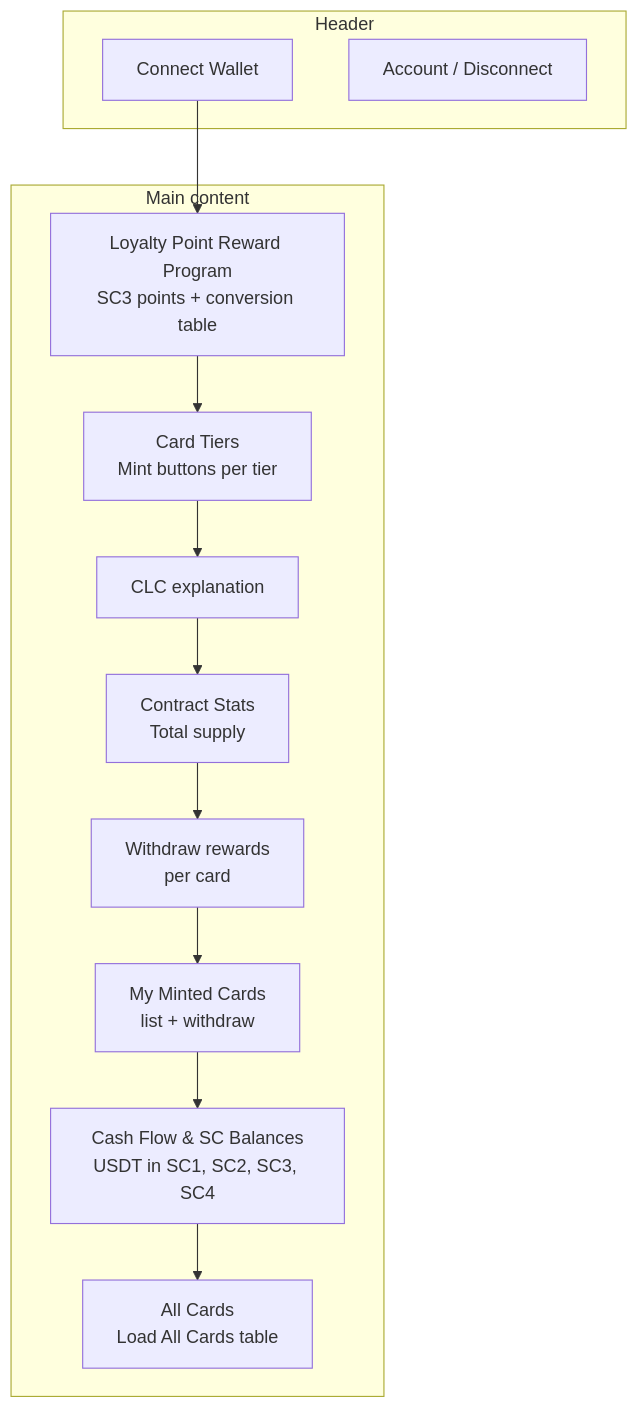
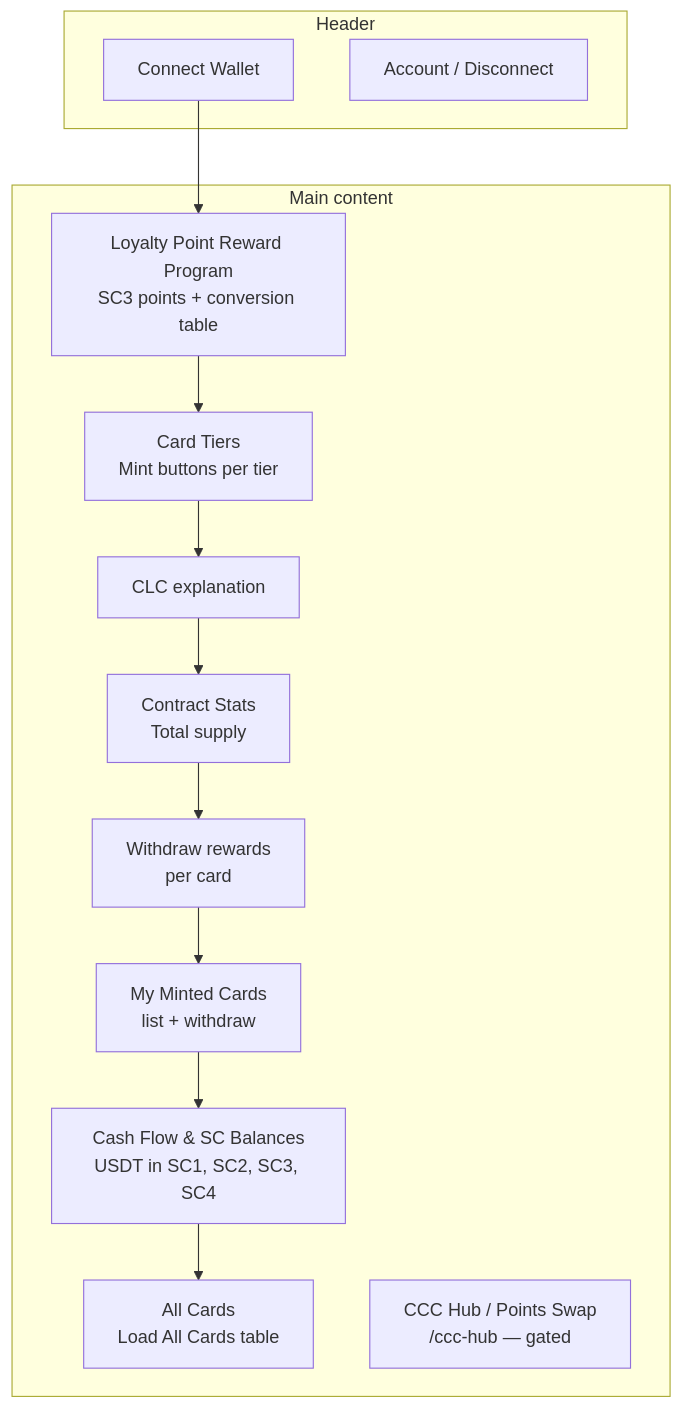
The fifth of 5 diagrams in SYSTEM_DIAGRAM.md (psdev0103/TripleC-Doc), drawn with Mermaid before and after one commit. The commit also changed other lines of this file and 8 other files, not shown here.

````diff
--- a/SYSTEM_DIAGRAM.md
+++ b/SYSTEM_DIAGRAM.md
@@ -81,25 +110,26 @@
 ```mermaid
 flowchart TB
   subgraph Header
     Connect[Connect Wallet]
     Account[Account / Disconnect]
   end
   subgraph Main["Main content"]
     Loyalty[Loyalty Point Reward Program\nSC3 points + conversion table]
     Tiers[Card Tiers\nMint buttons per tier]
     CLC[CLC explanation]
     Stats[Contract Stats\nTotal supply]
     Withdraw[Withdraw rewards\nper card]
     MyCards[My Minted Cards\nlist + withdraw]
     CashFlow[Cash Flow & SC Balances\nUSDT in SC1, SC2, SC3, SC4]
     AllCards[All Cards\nLoad All Cards table]
+    CccHub[CCC Hub / Points Swap\n/ccc-hub — gated]
   end
   Connect --> Loyalty
   Loyalty --> Tiers
   Tiers --> CLC
   CLC --> Stats
   Stats --> Withdraw
   Withdraw --> MyCards
   MyCards --> CashFlow
   CashFlow --> AllCards
 ```
````
